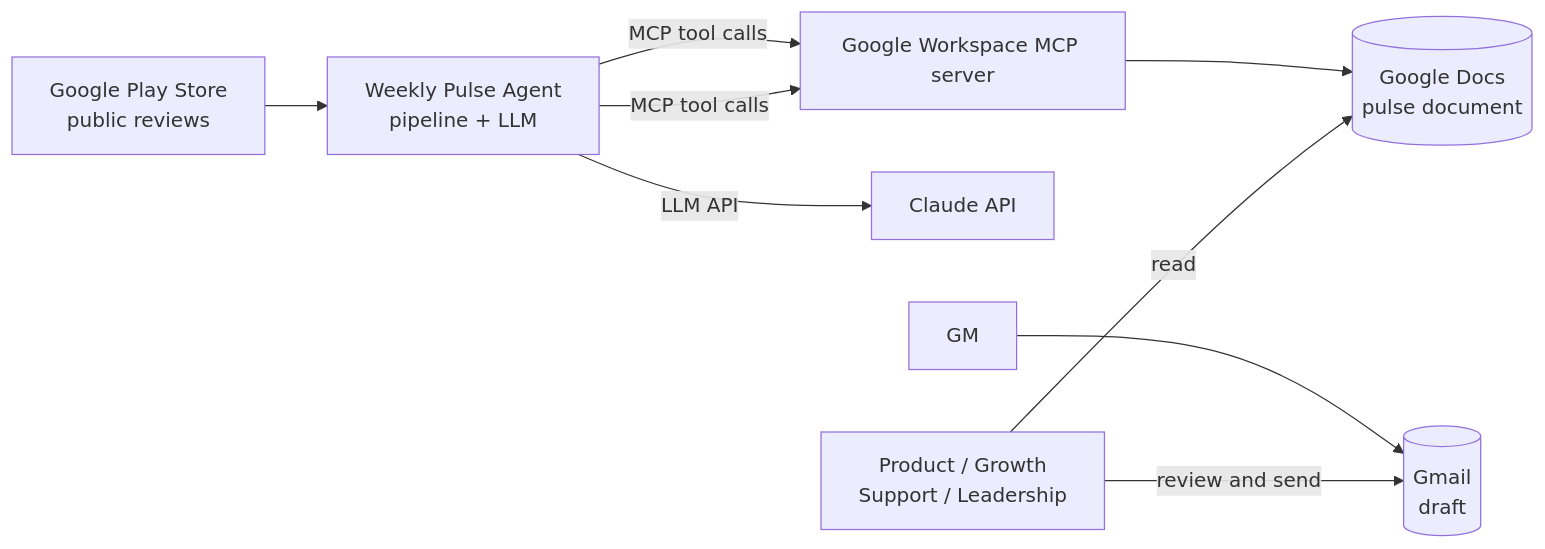
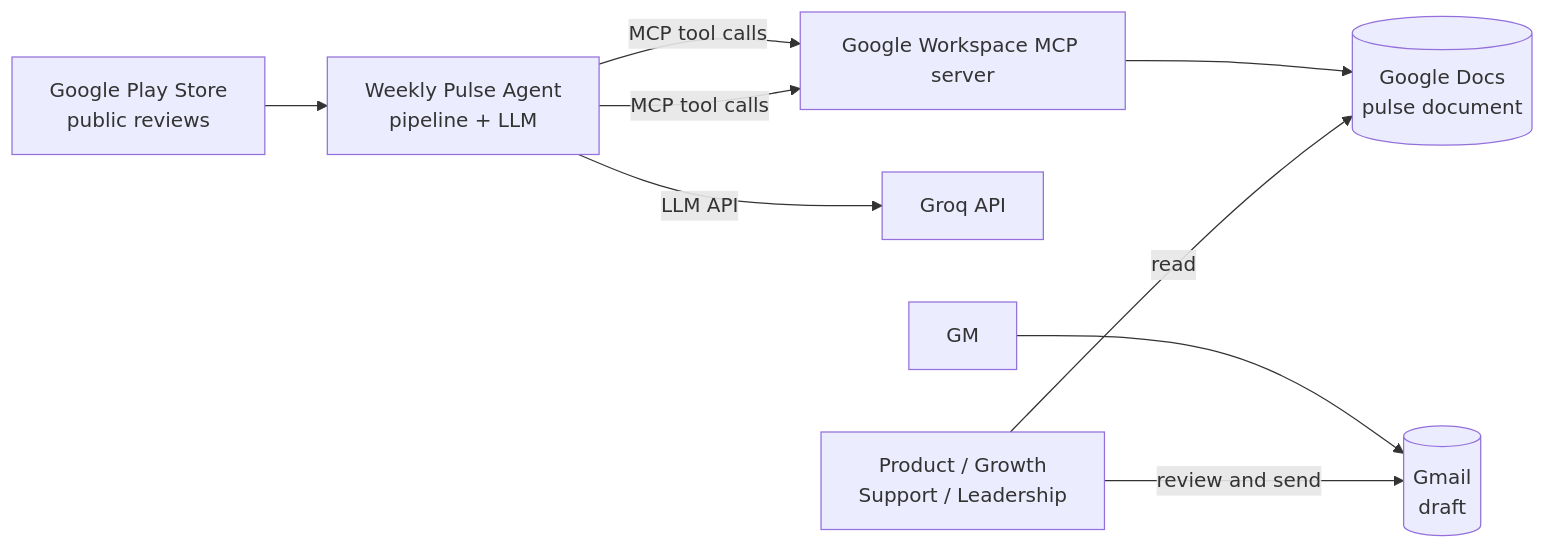
The first of 4 diagrams in docs/architecture.md (hardasprachti/AgenticAI_Project), drawn with Mermaid before and after one commit. The commit also changed other lines of this file and 31 other files, not shown here.

First line of the commit message:
Phase 2: offline pipeline on fixture data, with Groq as the LLM provider

````diff
--- a/docs/architecture.md
+++ b/docs/architecture.md
@@ -24,11 +24,11 @@
 ```mermaid
 flowchart LR
     PS[Google Play Store<br/>public reviews] --> A
     A[Weekly Pulse Agent<br/>pipeline + LLM] -->|MCP tool calls| DM[Google Workspace MCP server]
     A -->|MCP tool calls| DM
-    A -->|LLM API| LLM[Claude API]
+    A -->|LLM API| LLM[Groq API]
     DM --> GD[(Google Docs<br/>pulse document)]
     GM --> GMB[(Gmail<br/>draft)]
     U[Product / Growth<br/>Support / Leadership] -->|read| GD
     U -->|review and send| GMB
 ```
````
